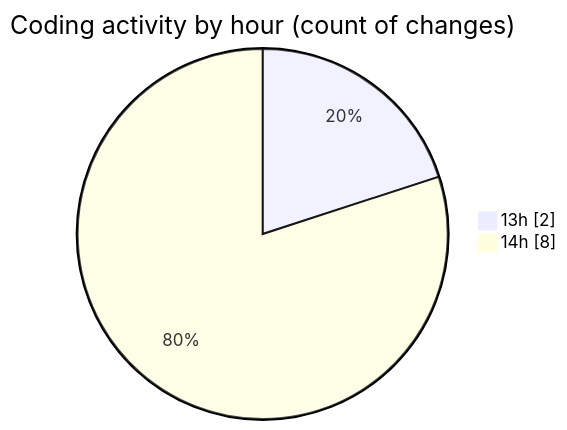
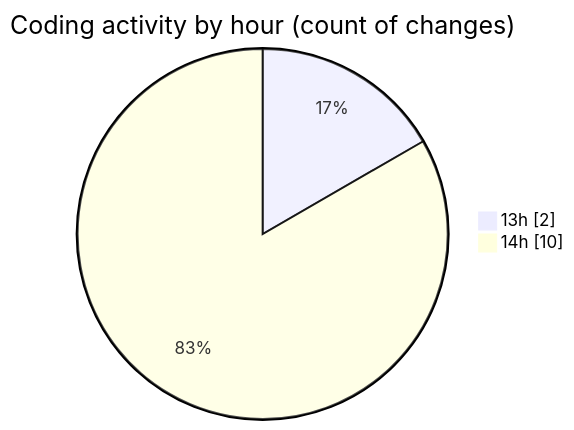
One commit to nxtqubesakshisongat/code-tracking changed the second of 2 diagrams in 2026-03-12/nxtqube_webapp/README.md. Above: the diagram before and after it, drawn with Mermaid. The commit also changed other lines of this file and 1 other file, not shown here.

````diff
--- a/2026-03-12/nxtqube_webapp/README.md
+++ b/2026-03-12/nxtqube_webapp/README.md
@@ -30,6 +31,6 @@
 ```mermaid
 pie showData
 title Coding activity by hour (count of changes)
 "13h" : 2
-"14h" : 8
+"14h" : 10
 ```
````
